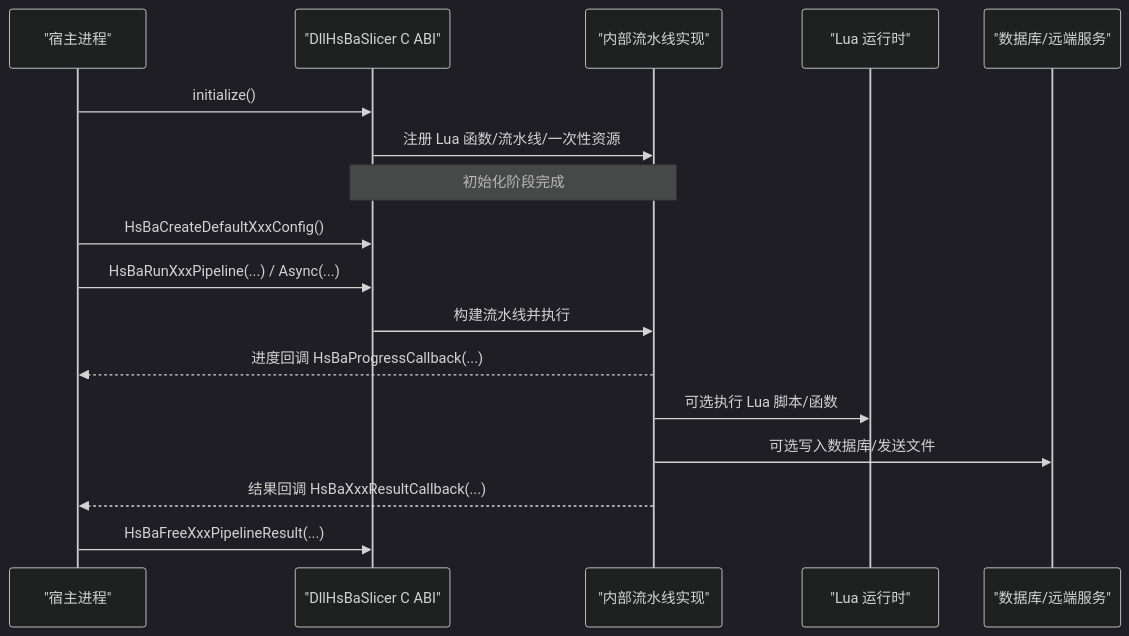
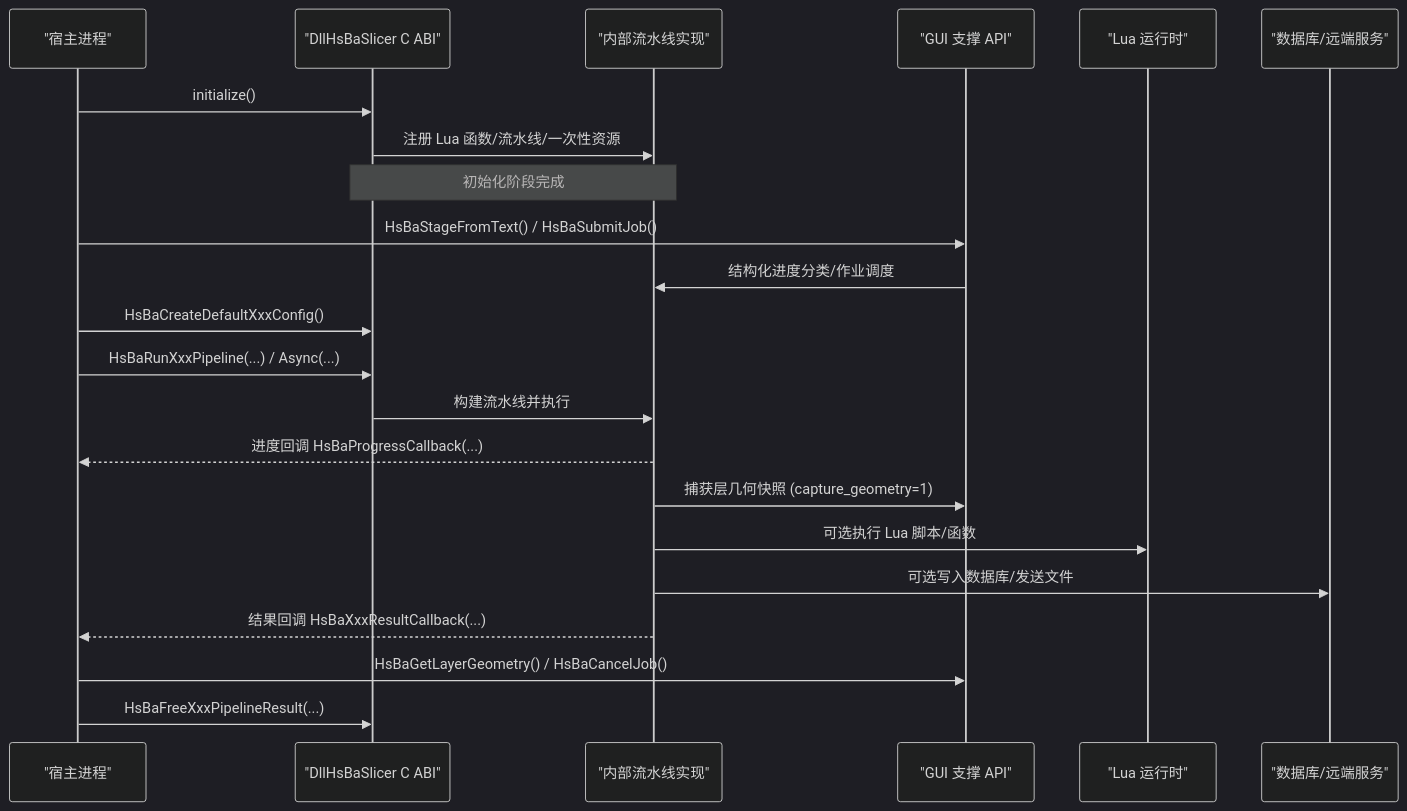
Before and after one commit to hsmbanlance/HsBaSlicer: the second of 13 diagrams in .qoder/repowiki/zh/content/高级主题/DllHsBaSlicer C ABI 层.md, drawn with Mermaid (dark theme). The commit also changed other lines of this file and 101 other files, not shown here.

````diff
--- a/.qoder/repowiki/zh/content/高级主题/DllHsBaSlicer C ABI 层.md
+++ b/.qoder/repowiki/zh/content/高级主题/DllHsBaSlicer C ABI 层.md
@@ -120,19 +142,24 @@
 ```mermaid
 sequenceDiagram
 participant Host as "宿主进程"
 participant ABI as "DllHsBaSlicer C ABI"
 participant Core as "内部流水线实现"
+participant Gui as "GUI 支撑 API"
 participant Lua as "Lua 运行时"
 participant DB as "数据库/远端服务"
 Host->>ABI : initialize()
 ABI->>Core : 注册 Lua 函数/流水线/一次性资源
 Note over ABI,Core : 初始化阶段完成
+Host->>Gui : HsBaStageFromText() / HsBaSubmitJob()
+Gui->>Core : 结构化进度分类/作业调度
 Host->>ABI : HsBaCreateDefaultXxxConfig()
 Host->>ABI : HsBaRunXxxPipeline(...) / Async(...)
 ABI->>Core : 构建流水线并执行
 Core-->>Host : 进度回调 HsBaProgressCallback(...)
+Core->>Gui : 捕获层几何快照 (capture_geometry=1)
 Core->>Lua : 可选执行 Lua 脚本/函数
 Core->>DB : 可选写入数据库/发送文件
 Core-->>Host : 结果回调 HsBaXxxResultCallback(...)
+Host->>Gui : HsBaGetLayerGeometry() / HsBaCancelJob()
 Host->>ABI : HsBaFreeXxxPipelineResult(...)
 ```
````
